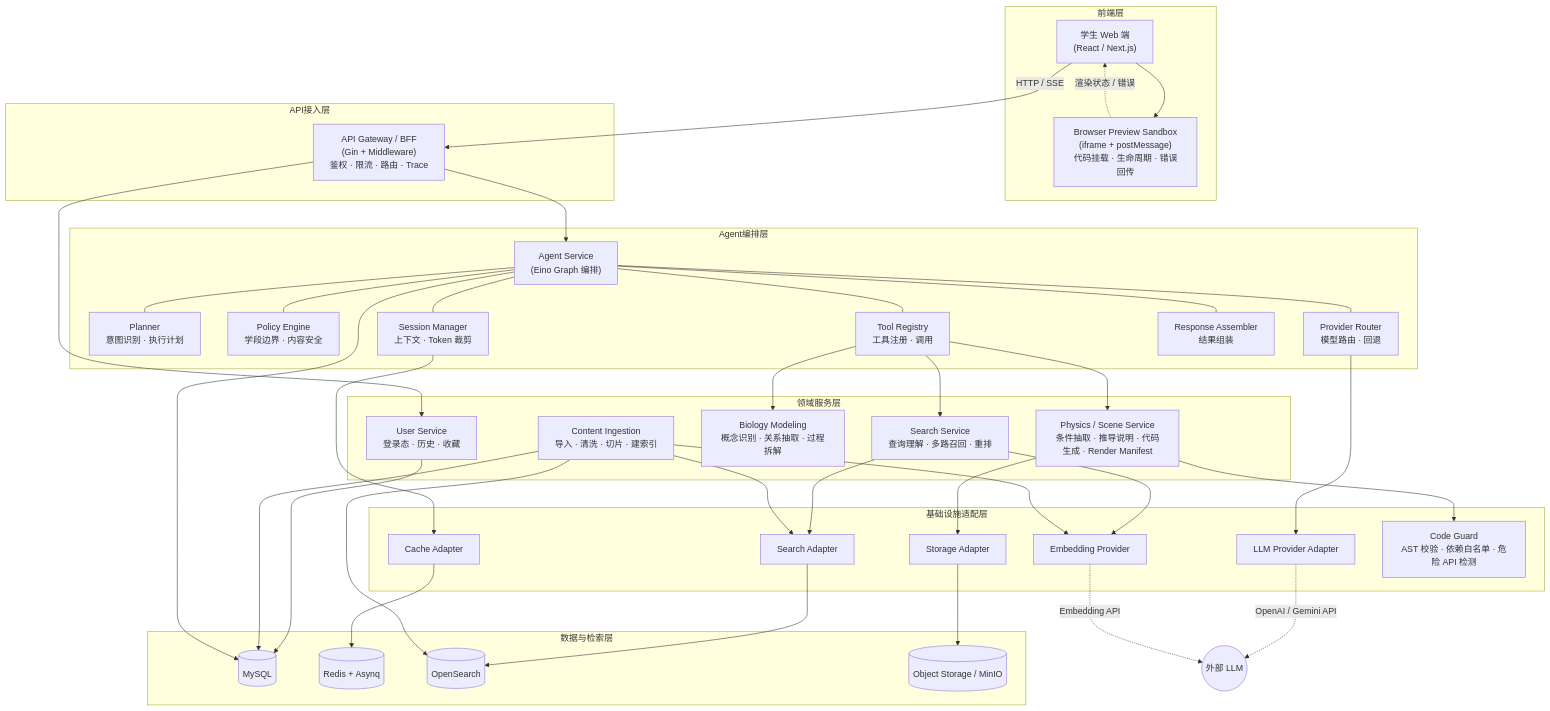
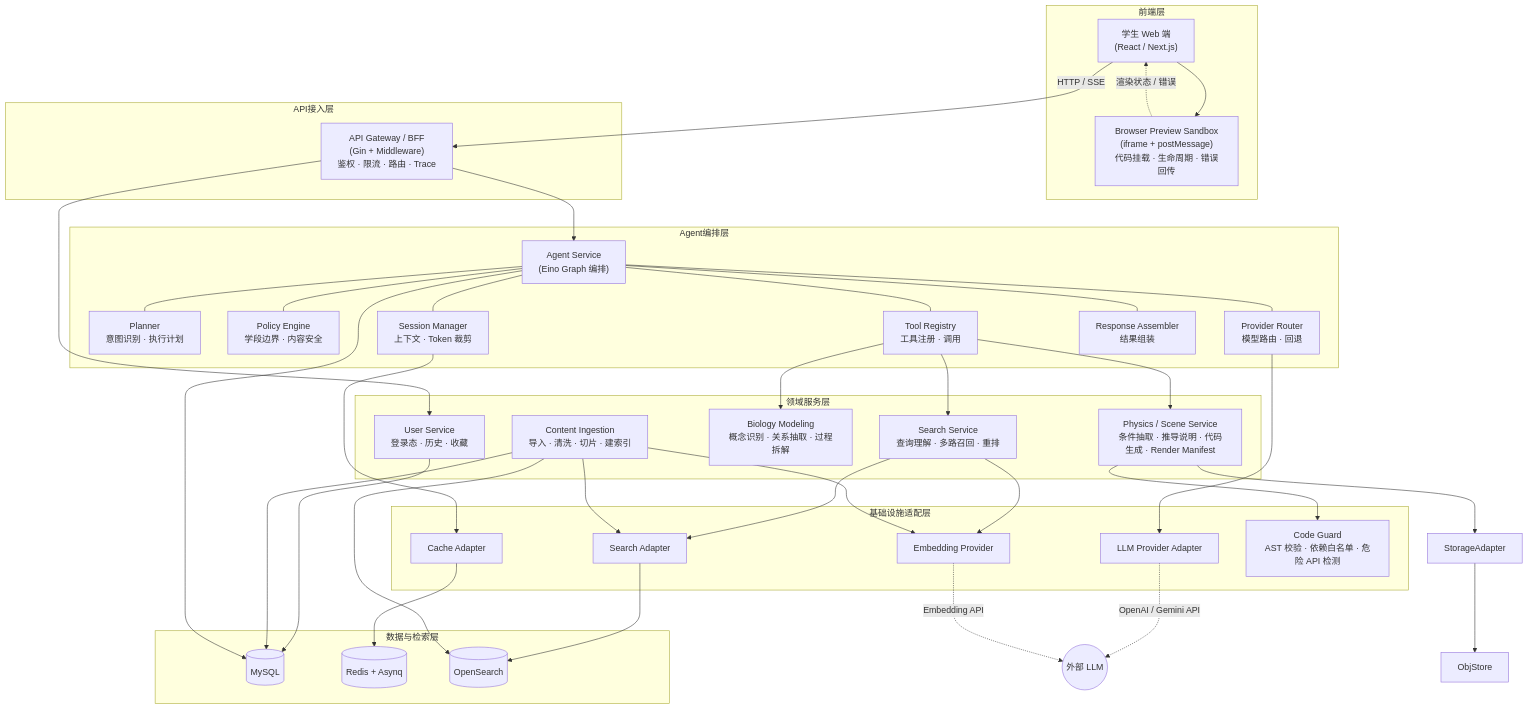
The first of 3 diagrams in docs/tech-solution.md (beihai0xff/snowy), drawn with Mermaid before and after one commit. The commit also changed other lines of this file and 16 other files, not shown here.

````diff
--- a/docs/tech-solution.md
+++ b/docs/tech-solution.md
@@ -212,82 +212,80 @@
 ```mermaid
 graph TB
     subgraph 前端层
         SnowyWeb["学生 Web 端<br/>(React / Next.js)"]
         PreviewSandbox["Browser Preview Sandbox<br/>(iframe + postMessage)<br/>代码挂载 · 生命周期 · 错误回传"]
     end
 
     subgraph API接入层
         Gateway["API Gateway / BFF<br/>(Gin + Middleware)<br/>鉴权 · 限流 · 路由 · Trace"]
     end
 
     subgraph Agent编排层
         AgentService["Agent Service<br/>(Eino Graph 编排)"]
         Planner["Planner<br/>意图识别 · 执行计划"]
         PolicyEngine["Policy Engine<br/>学段边界 · 内容安全"]
         ProviderRouter["Provider Router<br/>模型路由 · 回退"]
         SessionMgr["Session Manager<br/>上下文 · Token 裁剪"]
         ToolRegistry["Tool Registry<br/>工具注册 · 调用"]
         Assembler["Response Assembler<br/>结果组装"]
 
         AgentService --- Planner
         AgentService --- PolicyEngine
         AgentService --- ProviderRouter
         AgentService --- SessionMgr
         AgentService --- ToolRegistry
         AgentService --- Assembler
     end
 
     subgraph 领域服务层
         SearchSvc["Search Service<br/>查询理解 · 多路召回 · 重排"]
         PhysicsSvc["Physics / Scene Service<br/>条件抽取 · 推导说明 · 代码生成 · Render Manifest"]
         BiologySvc["Biology Modeling<br/>概念识别 · 关系抽取 · 过程拆解"]
         UserSvc["User Service<br/>登录态 · 历史 · 收藏"]
         ContentSvc["Content Ingestion<br/>导入 · 清洗 · 切片 · 建索引"]
     end
 
     subgraph 基础设施适配层
         LLMAdapter["LLM Provider Adapter"]
         EmbAdapter["Embedding Provider"]
         SearchAdapter["Search Adapter"]
-        StorageAdapter["Storage Adapter"]
         CacheAdapter["Cache Adapter"]
         CodeGuard["Code Guard<br/>AST 校验 · 依赖白名单 · 危险 API 检测"]
     end
 
     subgraph 数据与检索层
         MySQL[(MySQL)]
         Redis[(Redis + Asynq)]
         OS[(OpenSearch)]
-        ObjStore[(Object Storage / MinIO)]
     end
 
     SnowyWeb -->|"HTTP / SSE"| Gateway
     SnowyWeb --> PreviewSandbox
     PreviewSandbox -.->|"渲染状态 / 错误"| SnowyWeb
     Gateway --> AgentService
     Gateway --> UserSvc
 
     ToolRegistry --> SearchSvc
     ToolRegistry --> PhysicsSvc
     ToolRegistry --> BiologySvc
 
     ProviderRouter --> LLMAdapter
     SearchSvc --> SearchAdapter
     SearchSvc --> EmbAdapter
     ContentSvc --> EmbAdapter
     ContentSvc --> SearchAdapter
     PhysicsSvc --> CodeGuard
     PhysicsSvc --> StorageAdapter
 
     LLMAdapter -.->|"OpenAI / Gemini API"| ExtLLM((外部 LLM))
     EmbAdapter -.->|"Embedding API"| ExtLLM
     SearchAdapter --> OS
     StorageAdapter --> ObjStore
     CacheAdapter --> Redis
     SessionMgr --> CacheAdapter
 
     UserSvc --> MySQL
     ContentSvc --> MySQL
     ContentSvc --> OS
     AgentService --> MySQL
 ```
````
